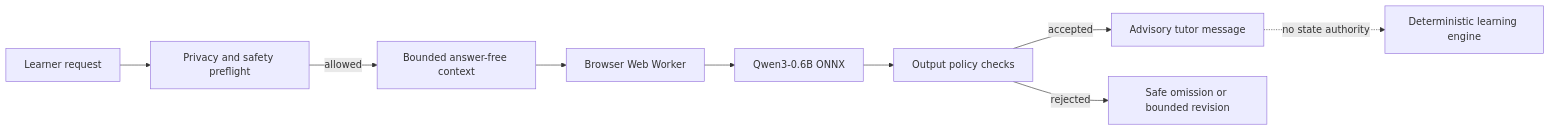
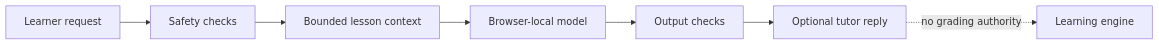
One commit to jacobbabula/misty-0.6b-tutor changed the diagram in README.md. Above: the diagram before and after it, drawn with Mermaid. The commit also changed other lines of this file and 7 other files, not shown here.

````diff
--- a/README.md
+++ b/README.md
@@ -34,11 +18,9 @@
 ```mermaid
 flowchart LR
-  R[Learner request] --> P[Privacy and safety preflight]
-  P -->|allowed| C[Bounded answer-free context]
-  C --> W[Browser Web Worker]
-  W --> Q[Qwen3-0.6B ONNX]
-  Q --> O[Output policy checks]
-  O -->|accepted| U[Advisory tutor message]
-  O -->|rejected| X[Safe omission or bounded revision]
-  U -. no state authority .-> D[Deterministic learning engine]
+  R[Learner request] --> P[Safety checks]
+  P --> C[Bounded lesson context]
+  C --> M[Browser-local model]
+  M --> O[Output checks]
+  O --> U[Optional tutor reply]
+  U -. no grading authority .-> D[Learning engine]
 ```
````
